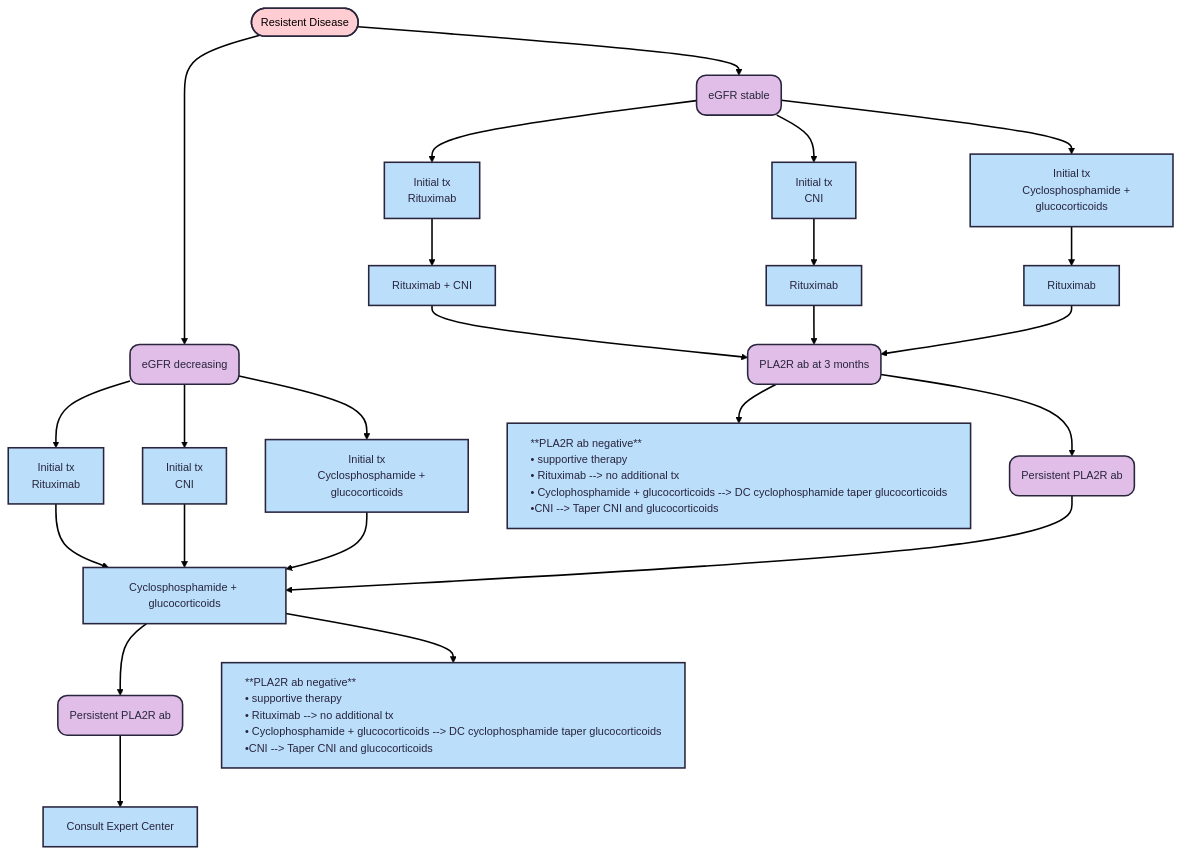
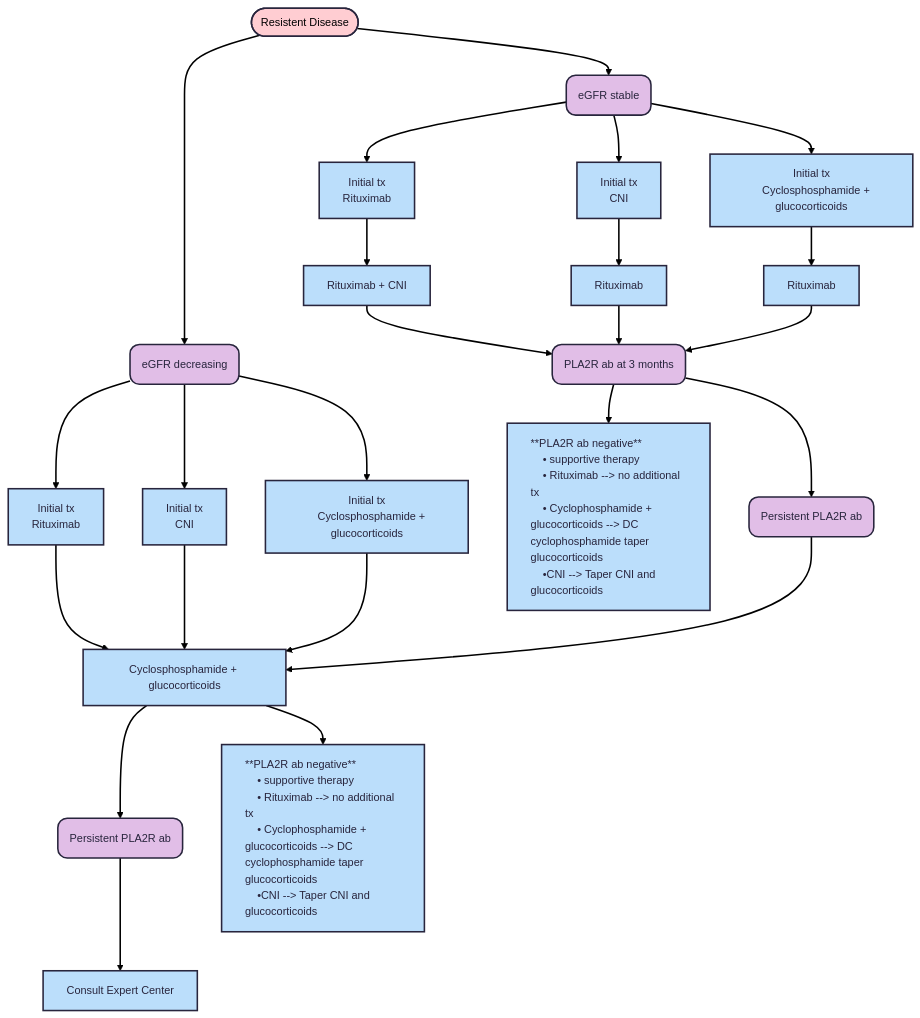
One commit to TTUNEPH2025/GN changed the fourth of 4 diagrams in docs/Membranous.md. Above: the diagram before and after it, drawn with Mermaid.

````diff
--- a/docs/Membranous.md
+++ b/docs/Membranous.md
@@ -288,61 +288,61 @@
 ```mermaid
 ---
 config:
   theme: redux
 ---
 flowchart TD
     n32(["Resistent Disease"]) --> n54["eGFR stable"] & n55["eGFR decreasing"]
     n54 --> n57["Initial tx 
     Rituximab"] & n58["Initial tx
     CNI"] & n59["Initial tx
     Cyclosphosphamide + glucocorticoids"]
     n55 --> n60["Initial tx
     Rituximab"] & n61["Initial tx
     CNI"] & n62["Initial tx
     Cyclosphosphamide + glucocorticoids"]
     n57 --> n63["Rituximab + CNI"]
     n58 --> n64["Rituximab"]
     n59 --> n65["Rituximab"]
     n60 --> n66["Cyclosphosphamide + glucocorticoids"]
     n61 --> n66
     n62 --> n66
     n63 --> n67["PLA2R ab at 3 months"]
     n64 --> n67
     n65 --> n67
     n67 --> n70["**PLA2R ab negative**
     • supportive therapy
     • Rituximab --> no additional tx
     • Cyclophosphamide + glucocorticoids --> DC cyclophosphamide taper glucocorticoids
     •CNI --> Taper CNI and glucocorticoids"] & n71["Persistent PLA2R ab"]
     n66 --> n68["Persistent PLA2R ab"] & n72["**PLA2R ab negative**
     • supportive therapy
     • Rituximab --> no additional tx
     • Cyclophosphamide + glucocorticoids --> DC cyclophosphamide taper glucocorticoids
     •CNI --> Taper CNI and glucocorticoids"]
     n68 --> n69["Consult Expert Center"]
     n71 --> n66
     n54@{ shape: rounded}
     n55@{ shape: rounded}
     n67@{ shape: rounded}
     n71@{ shape: rounded}
     n68@{ shape: rounded}
     style n32 color:#000000,fill:#FFCDD2
     style n54 fill:#E1BEE7
     style n55 fill:#E1BEE7
     style n57 fill:#BBDEFB
     style n58 fill:#BBDEFB
     style n59 fill:#BBDEFB
     style n60 fill:#BBDEFB
     style n61 fill:#BBDEFB
     style n62 fill:#BBDEFB
     style n63 fill:#BBDEFB
     style n64 fill:#BBDEFB
     style n65 fill:#BBDEFB
     style n66 fill:#BBDEFB
     style n67 fill:#E1BEE7
-    style n70 fill:#BBDEFB,text-align:left,white-space:nowrap
+    style n70 fill:#BBDEFB,text-align:left
     style n71 fill:#E1BEE7
     style n68 fill:#E1BEE7
-    style n72 fill:#BBDEFB,text-align:left,white-space:nowrap
+    style n72 fill:#BBDEFB,text-align:left
     style n69 fill:#BBDEFB
 ```
````
